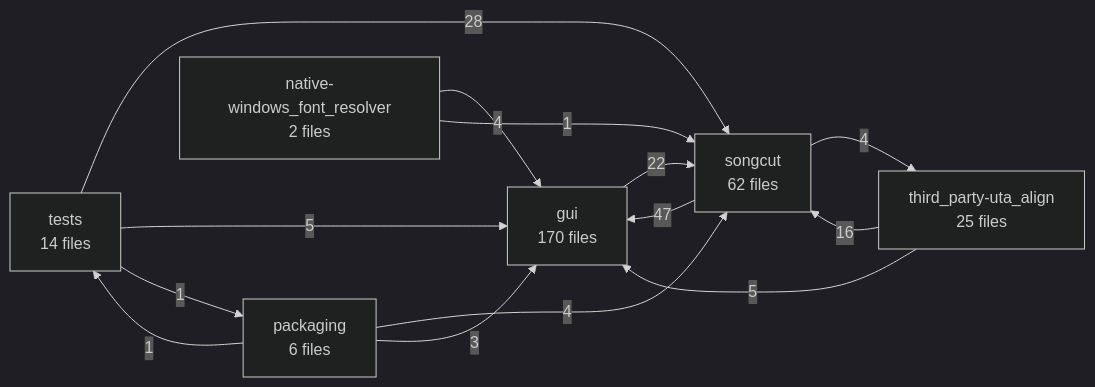
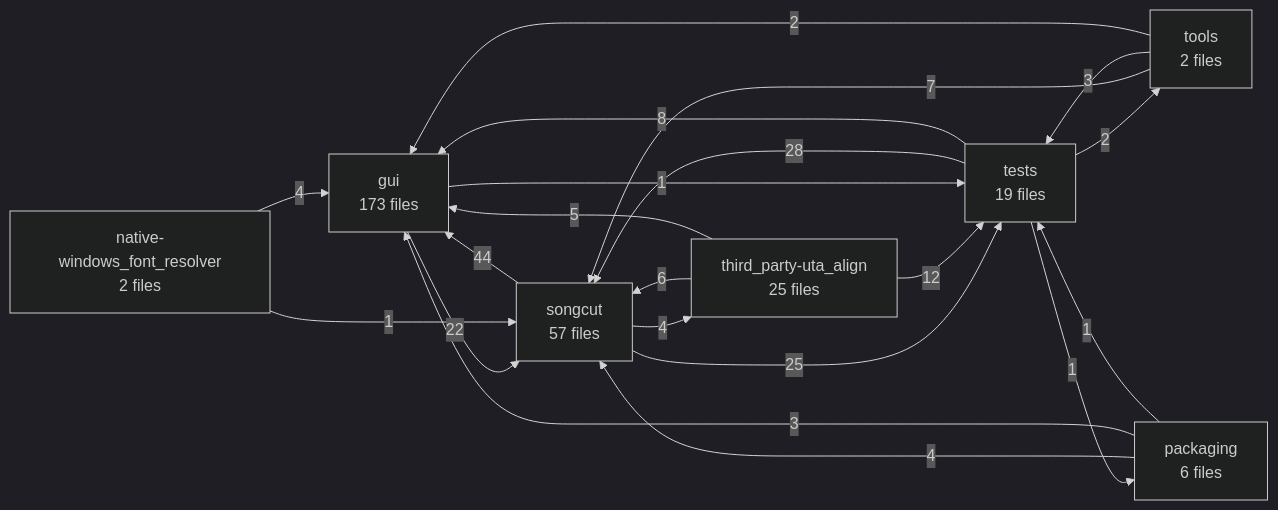
Before and after one commit to mokusatsu/songcut: the diagram in docs/code-map/architecture.md, drawn with Mermaid (dark theme). The commit also changed other lines of this file and 27 other files, not shown here.

````diff
--- a/docs/code-map/architecture.md
+++ b/docs/code-map/architecture.md
@@ -19,22 +20,30 @@
 ```mermaid
 flowchart LR
-  gui["gui\n170 files"]
-  songcut["songcut\n62 files"]
+  gui["gui\n173 files"]
+  songcut["songcut\n57 files"]
   third_party_uta_align["third_party-uta_align\n25 files"]
-  tests["tests\n14 files"]
+  tests["tests\n19 files"]
   packaging["packaging\n6 files"]
   native_windows_font_resolver["native-windows_font_resolver\n2 files"]
-  songcut -->|47| gui
+  tools["tools\n2 files"]
+  songcut -->|44| gui
   tests -->|28| songcut
+  songcut -->|25| tests
   gui -->|22| songcut
-  third_party_uta_align -->|16| songcut
-  tests -->|5| gui
+  third_party_uta_align -->|12| tests
+  tests -->|8| gui
+  tools -->|7| songcut
+  third_party_uta_align -->|6| songcut
   third_party_uta_align -->|5| gui
   native_windows_font_resolver -->|4| gui
   packaging -->|4| songcut
   songcut -->|4| third_party_uta_align
   packaging -->|3| gui
+  tools -->|3| tests
+  tests -->|2| tools
+  tools -->|2| gui
+  gui -->|1| tests
   native_windows_font_resolver -->|1| songcut
   packaging -->|1| tests
   tests -->|1| packaging
 ```
````
